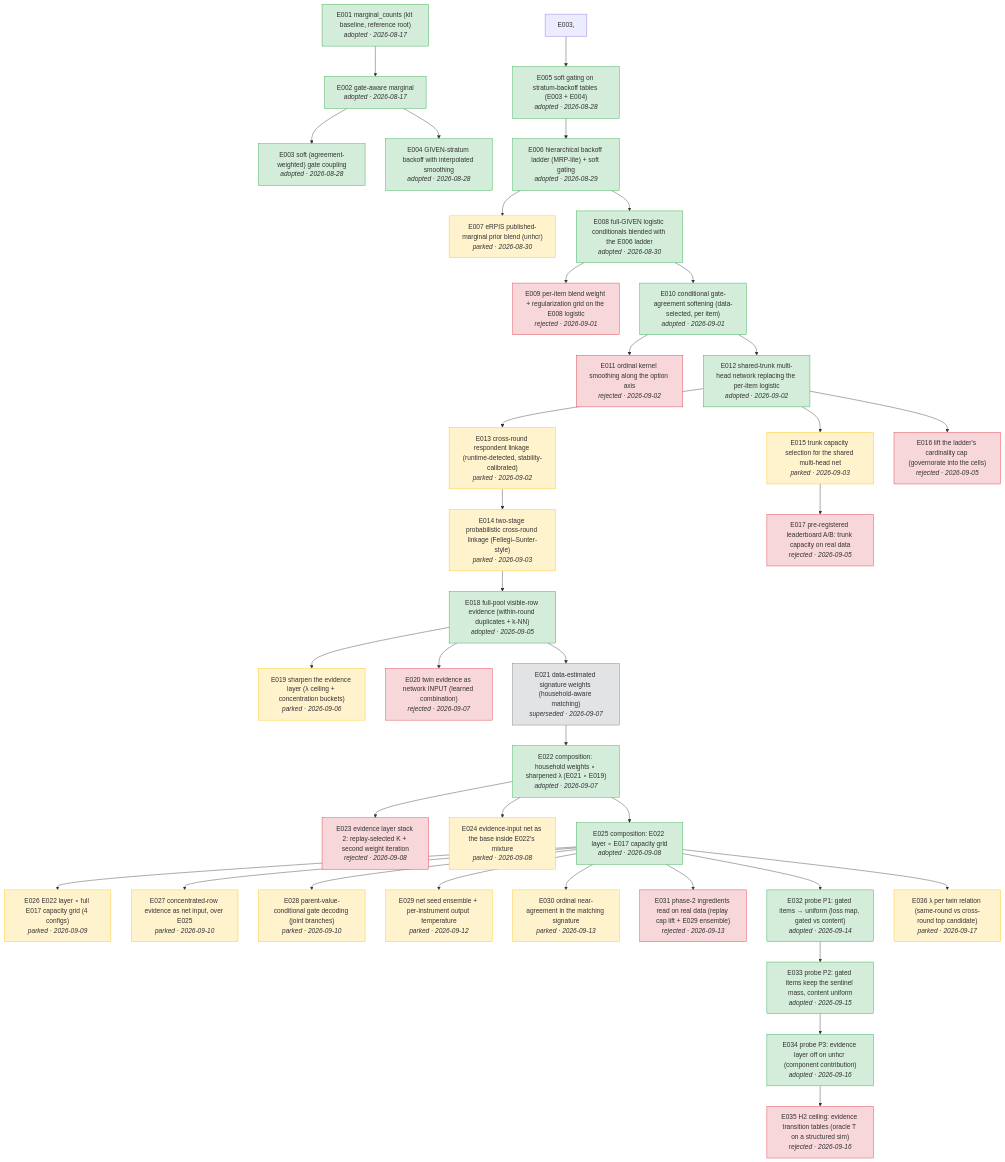
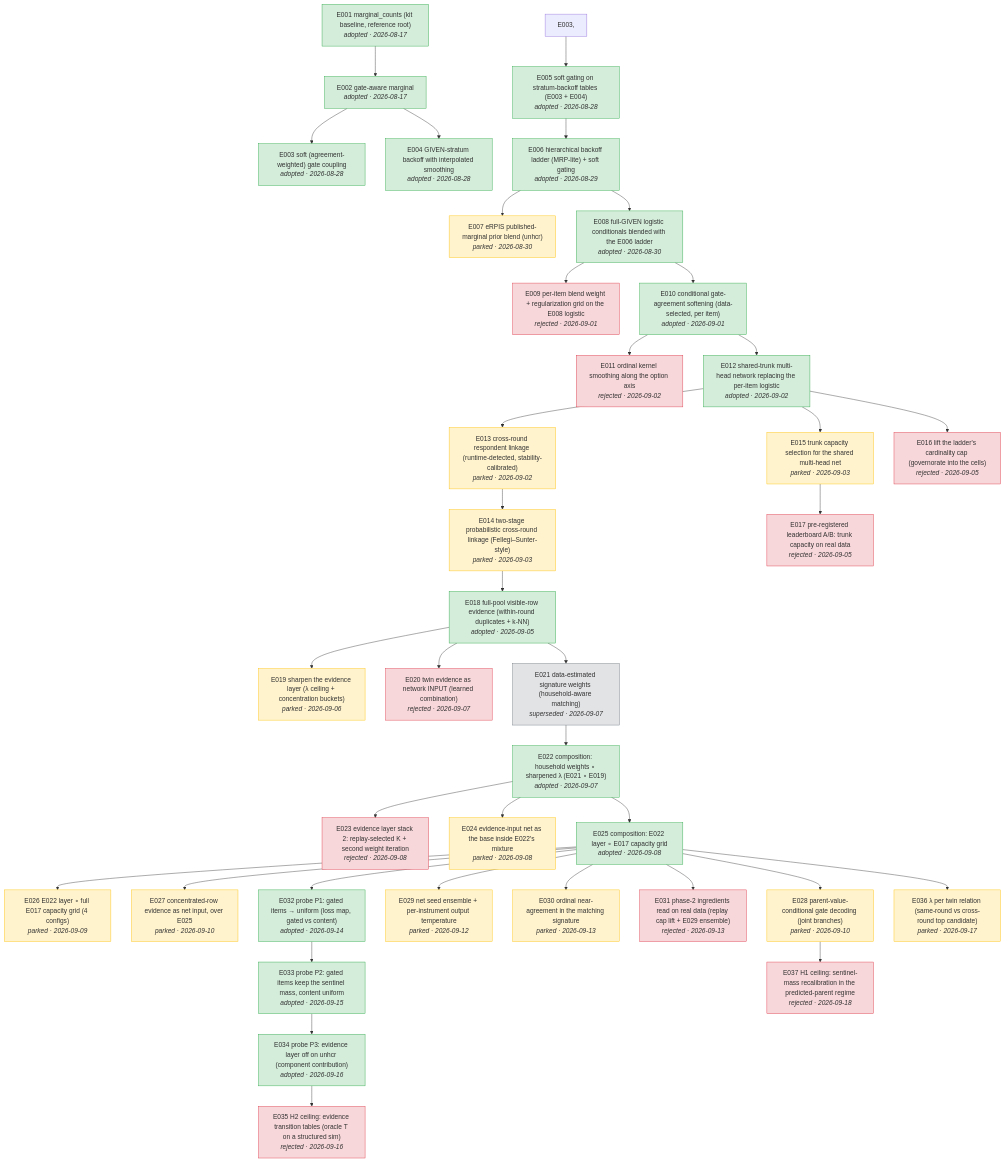
The diagram in docs/tree.md (joon56/Simulacrabench-NeurIPS-2026-), drawn with Mermaid before and after one commit. The commit also changed 5 other files, not shown here.

Commit message:
E037: sentinel-mass recalibration ceiling negative out of sample (cross-fitted -0.0150 clean, -0.0035 heavy overlap), rejected; phase-2 hardening pass (score.py --phase 2 PASS x3), phase-1 modelling closed

```diff
--- a/docs/tree.md
+++ b/docs/tree.md
@@ -75,10 +75,12 @@
     E034 --> E035
     E036["E036 λ per twin relation (same-round vs cross-round top candidate)<br/><i>parked · 2026-09-17</i>"]
     E025 --> E036
+    E037["E037 H1 ceiling: sentinel-mass recalibration in the predicted-parent regime<br/><i>rejected · 2026-09-18</i>"]
+    E028 --> E037
     classDef adopted fill:#d4edda,stroke:#28a745
     class E001,E002,E003,E004,E005,E006,E008,E010,E012,E018,E022,E025,E032,E033,E034 adopted
     classDef rejected fill:#f8d7da,stroke:#dc3545
-    class E009,E011,E016,E017,E020,E023,E031,E035 rejected
+    class E009,E011,E016,E017,E020,E023,E031,E035,E037 rejected
     classDef parked fill:#fff3cd,stroke:#ffc107
     class E007,E013,E014,E015,E019,E024,E026,E027,E028,E029,E030,E036 parked
     classDef superseded fill:#e2e3e5,stroke:#6c757d
```
